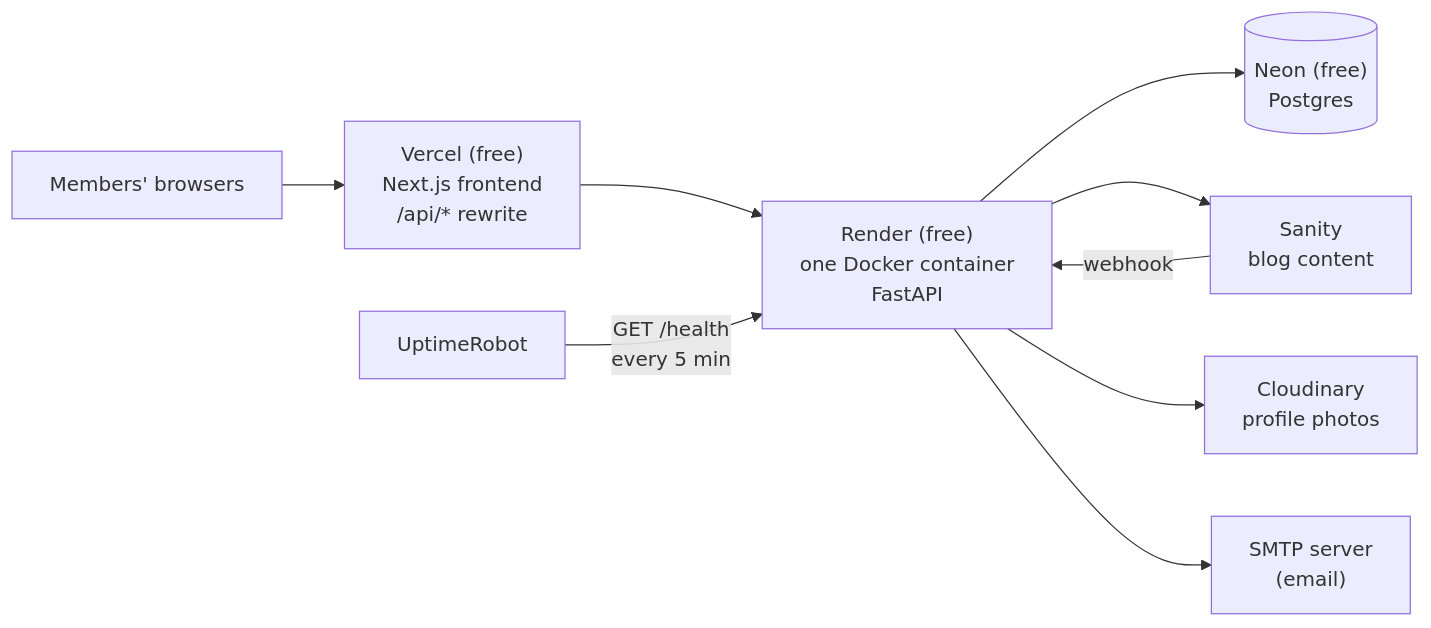
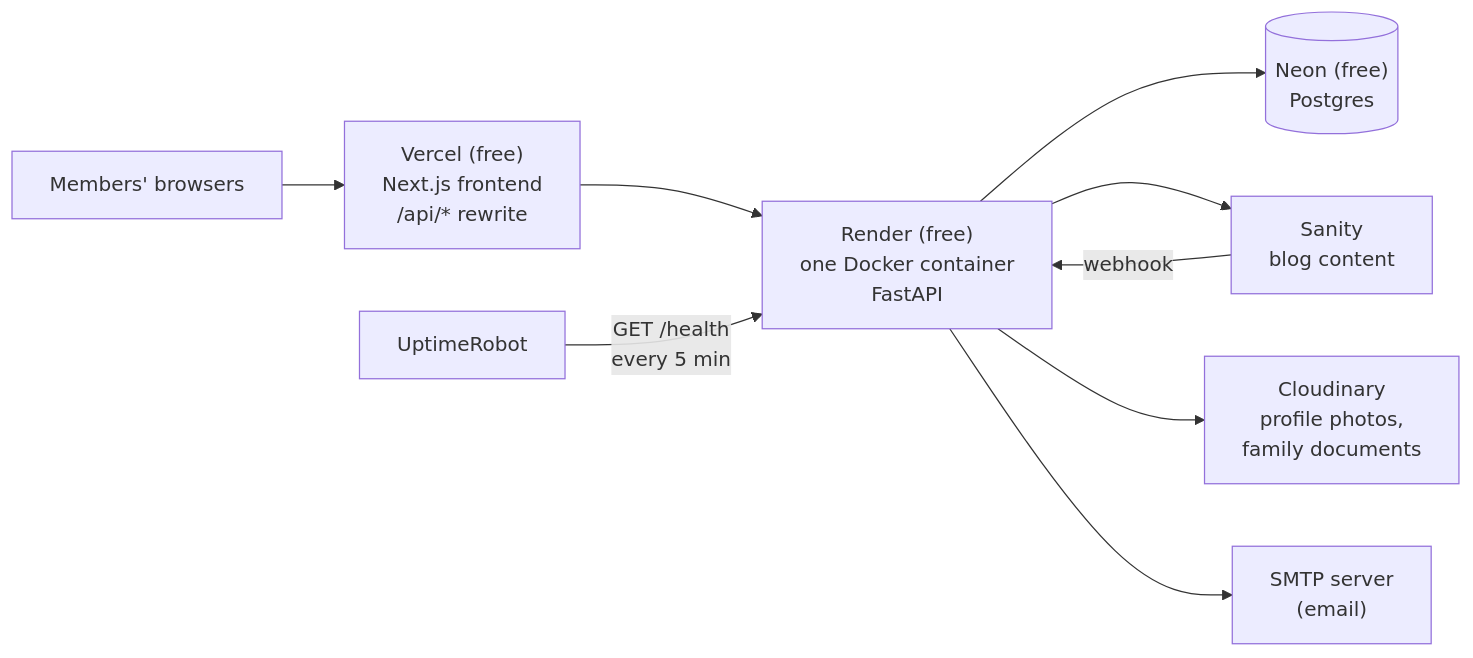
Before and after one commit to Imena-DevTeam/ImenaNewsBox.v2_backend: the diagram in docs/infrastructure.md, drawn with Mermaid. The commit also changed other lines of this file and 25 other files, not shown here.

````diff
--- a/docs/infrastructure.md
+++ b/docs/infrastructure.md
@@ -11,11 +11,11 @@
 ```mermaid
 flowchart LR
     U[Members' browsers] --> V["Vercel (free)<br/>Next.js frontend<br/>/api/* rewrite"]
     V --> R["Render (free)<br/>one Docker container<br/>FastAPI"]
     UR[UptimeRobot] -->|"GET /health<br/>every 5 min"| R
     R --> N[("Neon (free)<br/>Postgres")]
     R --> S["Sanity<br/>blog content"]
-    R --> C["Cloudinary<br/>profile photos"]
+    R --> C["Cloudinary<br/>profile photos,<br/>family documents"]
     R --> M["SMTP server<br/>(email)"]
     S -->|webhook| R
 ```
````
